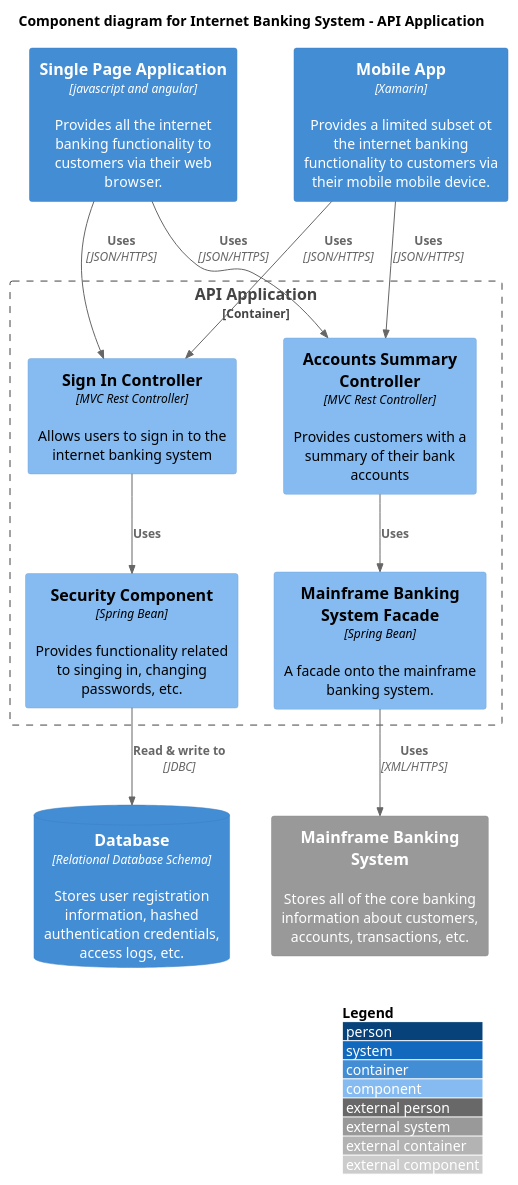
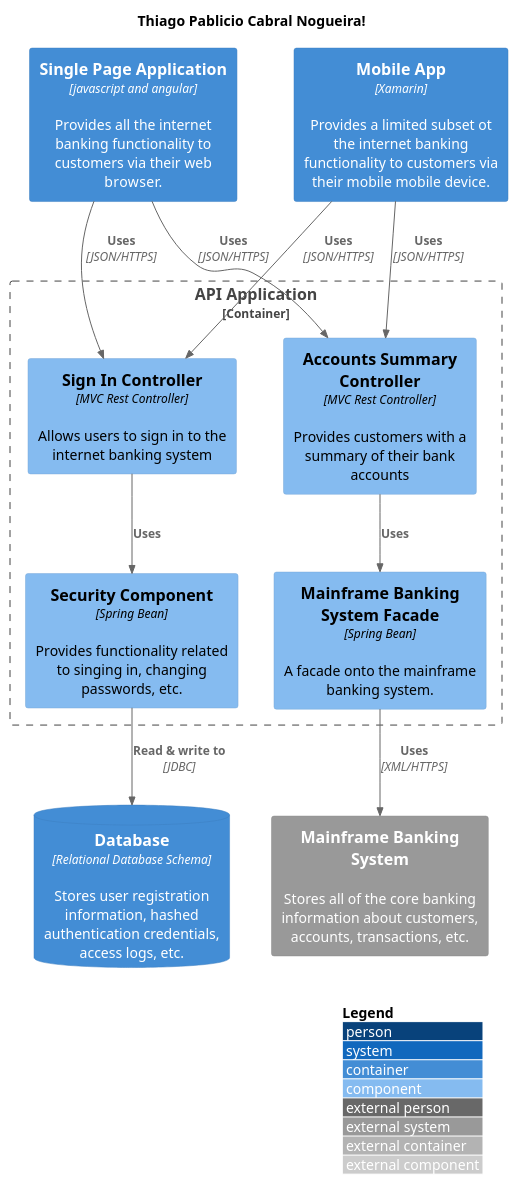
The diagram in sophya-docs/code/diagram1.puml (pablicio/c4-model-service-test), drawn with PlantUML before and after one commit.

Commit message:
Teste mudança

```diff
--- a/sophya-docs/code/diagram1.puml
+++ b/sophya-docs/code/diagram1.puml
@@ -1,34 +1,34 @@
 @startuml
 !include https://raw.githubusercontent.com/plantuml-stdlib/C4-PlantUML/master/C4_Component.puml
 ' uncomment the following line and comment the first to use locally
 ' !include C4_Component.puml
 
 LAYOUT_WITH_LEGEND()
 
 
-title Component diagram for Internet Banking System - API Application
+title Thiago Pablicio Cabral Nogueira!
 
 Container(spa, "Single Page Application", "javascript and angular", "Provides all the internet banking functionality to customers via their web browser.")
 Container(ma, "Mobile App", "Xamarin", "Provides a limited subset ot the internet banking functionality to customers via their mobile mobile device.")
 ContainerDb(db, "Database", "Relational Database Schema", "Stores user registration information, hashed authentication credentials, access logs, etc.")
 System_Ext(mbs, "Mainframe Banking System", "Stores all of the core banking information about customers, accounts, transactions, etc.")
 
 Container_Boundary(api, "API Application") {
     Component(sign, "Sign In Controller", "MVC Rest Controller", "Allows users to sign in to the internet banking system")
     Component(accounts, "Accounts Summary Controller", "MVC Rest Controller", "Provides customers with a summary of their bank accounts")
     Component(security, "Security Component", "Spring Bean", "Provides functionality related to singing in, changing passwords, etc.")
     Component(mbsfacade, "Mainframe Banking System Facade", "Spring Bean", "A facade onto the mainframe banking system.")
 
 
     Rel(sign, security, "Uses")
     Rel(accounts, mbsfacade, "Uses")
     Rel(security, db, "Read & write to", "JDBC")
     Rel(mbsfacade, mbs, "Uses", "XML/HTTPS")
 }
 
 Rel(spa, sign, "Uses", "JSON/HTTPS")
 Rel(spa, accounts, "Uses", "JSON/HTTPS")
 
 Rel(ma, sign, "Uses", "JSON/HTTPS")
 Rel(ma, accounts, "Uses", "JSON/HTTPS")
 @enduml
```
